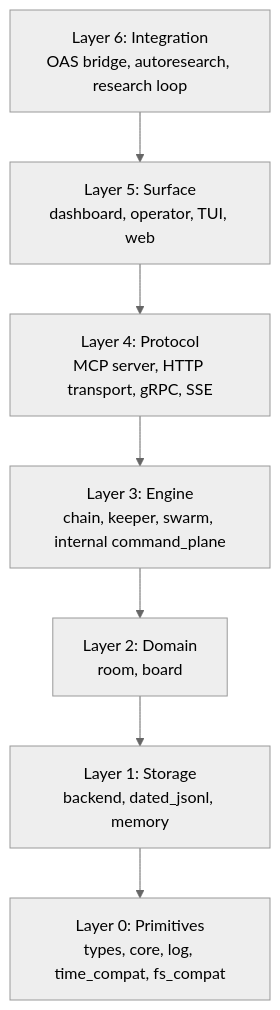
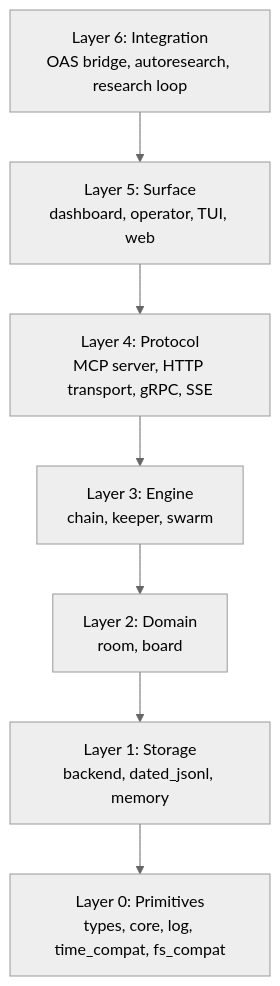
One commit to jeong-sik/masc changed the diagram in docs/spec/SPEC-INDEX.md. Above: the diagram before and after it, drawn with Mermaid (neutral theme). The commit also changed 2 other files, not shown here.

````diff
--- a/docs/spec/SPEC-INDEX.md
+++ b/docs/spec/SPEC-INDEX.md
@@ -28,17 +28,17 @@
 ```mermaid
 graph TB
     L6["Layer 6: Integration<br/>OAS bridge, autoresearch, research loop"]
     L5["Layer 5: Surface<br/>dashboard, operator, TUI, web"]
     L4["Layer 4: Protocol<br/>MCP server, HTTP transport, gRPC, SSE"]
-    L3["Layer 3: Engine<br/>chain, keeper, swarm, internal command_plane"]
+    L3["Layer 3: Engine<br/>chain, keeper, swarm"]
     L2["Layer 2: Domain<br/>room, board"]
     L1["Layer 1: Storage<br/>backend, dated_jsonl, memory"]
     L0["Layer 0: Primitives<br/>types, core, log, time_compat, fs_compat"]
 
     L6 --> L5
     L5 --> L4
     L4 --> L3
     L3 --> L2
     L2 --> L1
     L1 --> L0
 ```
````
